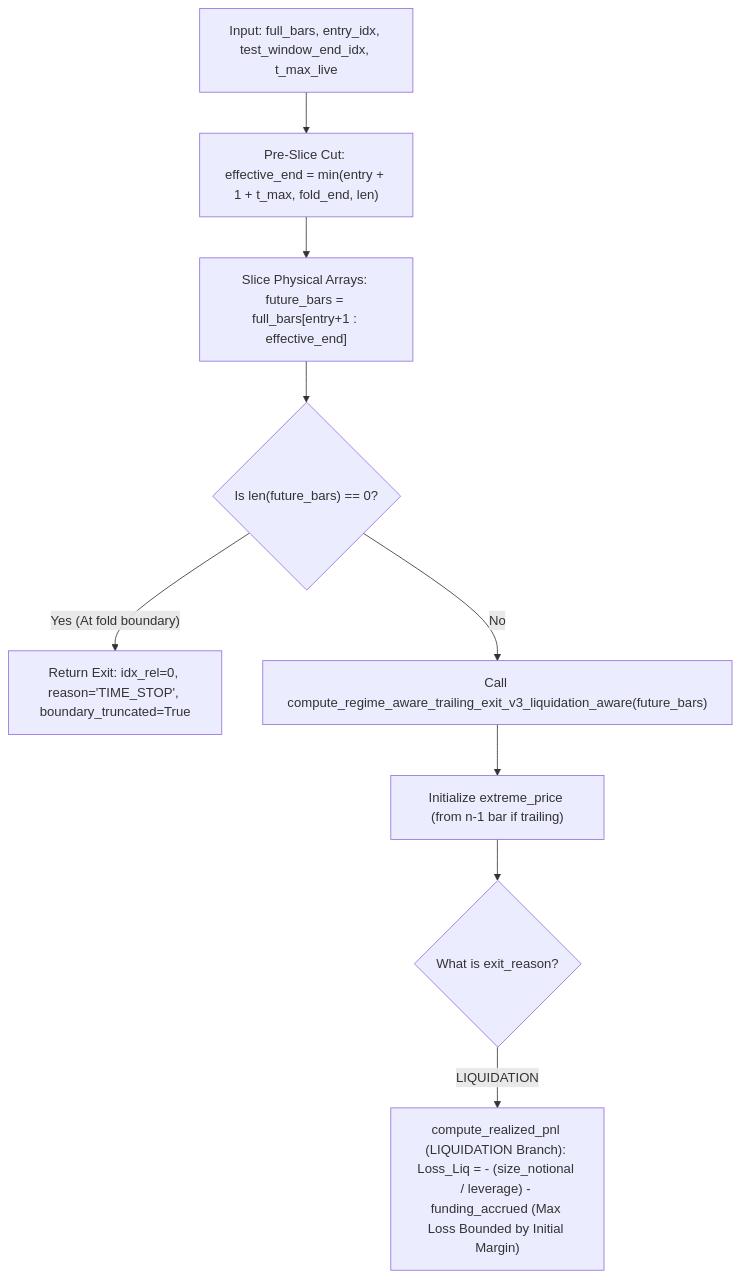
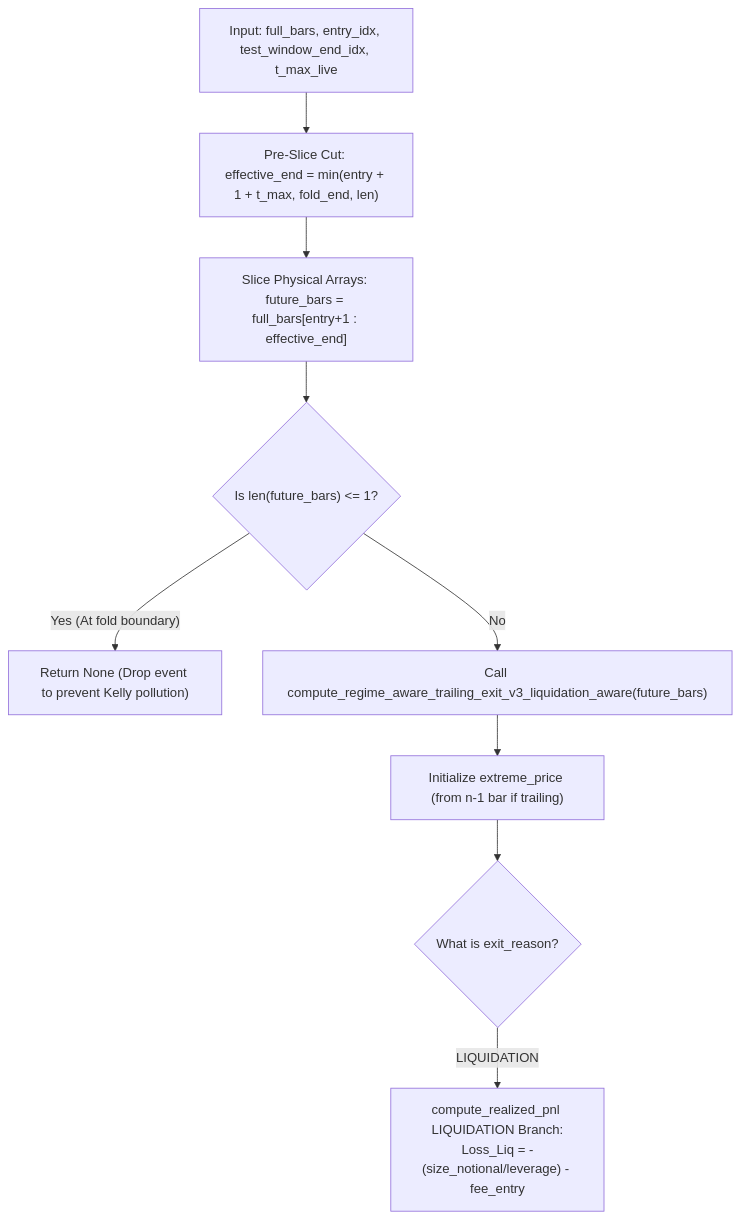
Before and after one commit to hoangcongly/1907TacticalAI: the ninth of 9 diagrams in docs/engineering_audit_and_explanation_report.md, drawn with Mermaid. The commit also changed other lines of this file and 8 other files, not shown here.

````diff
--- a/docs/engineering_audit_and_explanation_report.md
+++ b/docs/engineering_audit_and_explanation_report.md
@@ -662,14 +740,14 @@
 ```mermaid
 flowchart TD
     Input["Input: full_bars, entry_idx, test_window_end_idx, t_max_live"] --> PreSlice["Pre-Slice Cut: effective_end = min(entry + 1 + t_max, fold_end, len)"]
     PreSlice --> SliceArr["Slice Physical Arrays: future_bars = full_bars[entry+1 : effective_end]"]
     
-    SliceArr --> CheckZero{"Is len(future_bars) == 0?"}
-    CheckZero -->|"Yes (At fold boundary)"| InstantExit["Return Exit: idx_rel=0, reason='TIME_STOP', boundary_truncated=True"]
+    SliceArr --> CheckZero{"Is len(future_bars) <= 1?"}
+    CheckZero -->|"Yes (At fold boundary)"| InstantExit["Return None (Drop event to prevent Kelly pollution)"]
     
     CheckZero -->|No| CallV3["Call compute_regime_aware_trailing_exit_v3_liquidation_aware(future_bars)"]
     CallV3 --> InitExtreme["Initialize extreme_price (from n-1 bar if trailing)"]
     
     InitExtreme --> CheckReason{"What is exit_reason?"}
-    CheckReason -->|LIQUIDATION| LiqPnL["compute_realized_pnl (LIQUIDATION Branch): Loss_Liq = - (size_notional / leverage) - funding_accrued (Max Loss Bounded by Initial Margin)"]
+    CheckReason -->|LIQUIDATION| LiqPnL["compute_realized_pnl LIQUIDATION Branch:<br/>Loss_Liq = -(size_notional/leverage) - fee_entry"]
 ```
````
